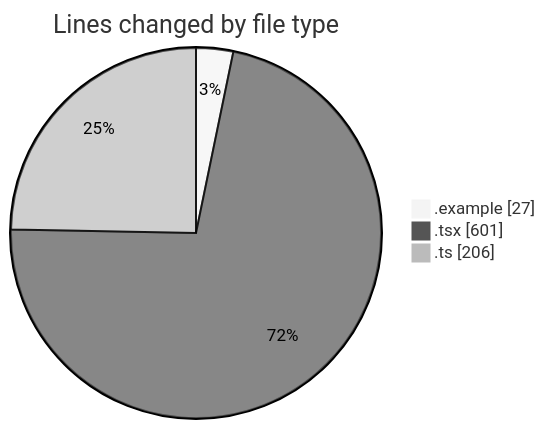
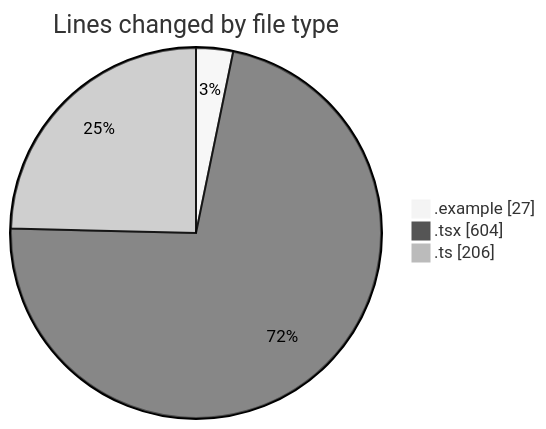
The first of 2 diagrams in 2025-11-16/eventscop-frontend-guide__workspace_/README.md (julien-gomy/code-tracking), drawn with Mermaid (neutral theme) before and after one commit. The commit also changed other lines of this file and 1 other file, not shown here.

````diff
--- a/2025-11-16/eventscop-frontend-guide__workspace_/README.md
+++ b/2025-11-16/eventscop-frontend-guide__workspace_/README.md
@@ -26,7 +26,7 @@
 ```mermaid
 pie showData
 title Lines changed by file type
 ".example" : 27
-".tsx" : 601
+".tsx" : 604
 ".ts" : 206
 ```
````
